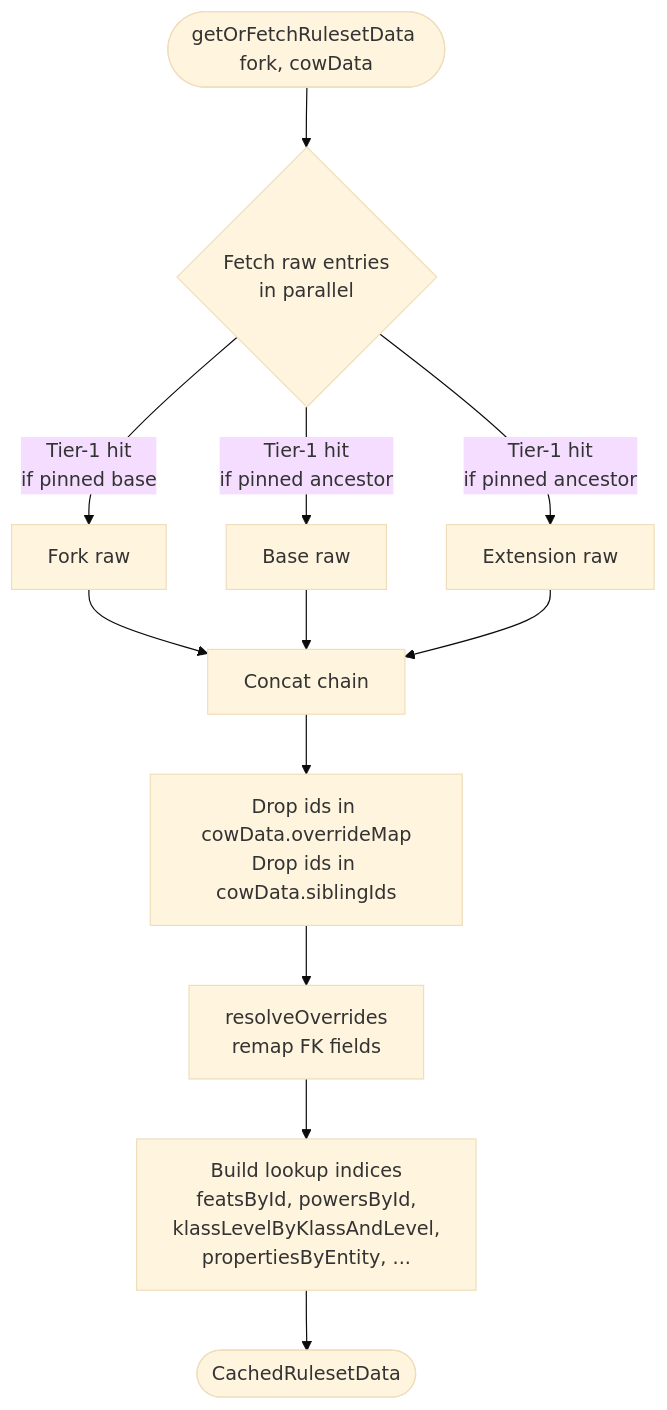
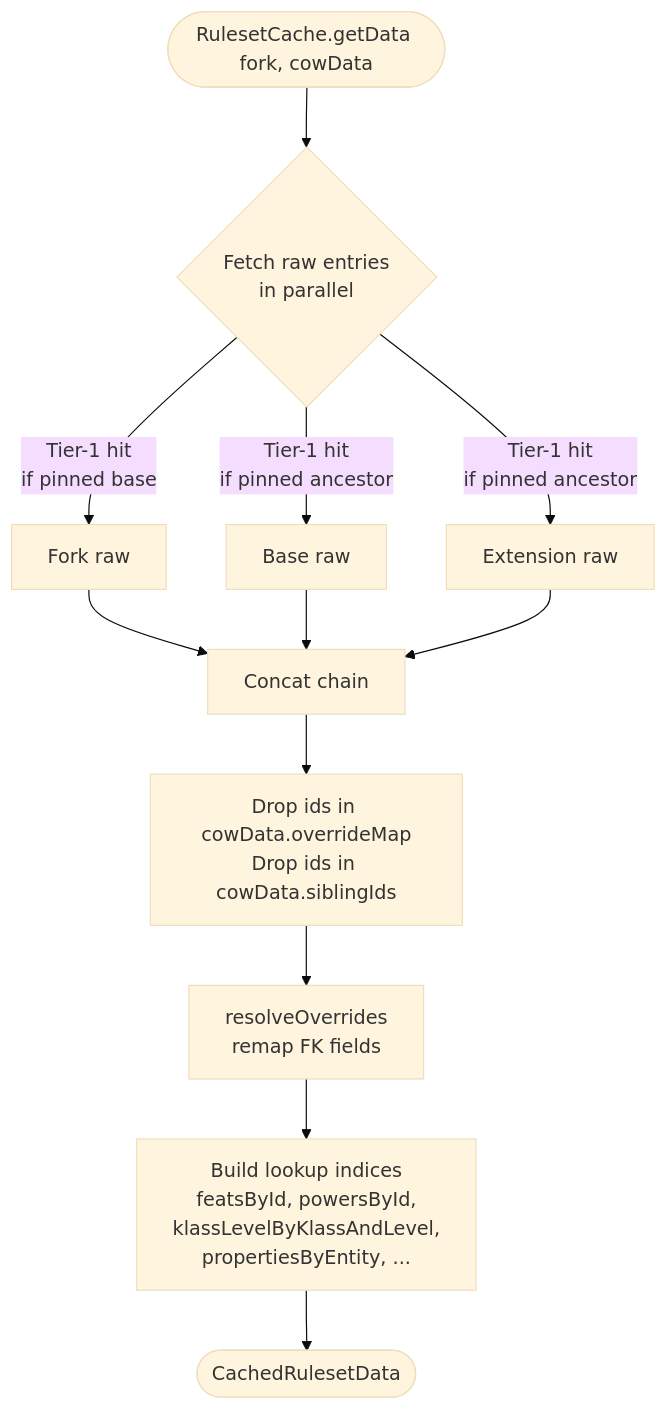
Before and after one commit to PhilippeChab/arkyvree: the second of 7 diagrams in docs/caching.md, drawn with Mermaid (base theme). The commit also changed other lines of this file and 52 other files, not shown here.

First line of the commit message:
Make the ruleset cache one class, holding its caches with their reads and invalidation

````diff
--- a/docs/caching.md
+++ b/docs/caching.md
@@ -191,14 +191,14 @@
 ```mermaid
 flowchart TD
-    Start([getOrFetchRulesetData fork, cowData]) --> Fetch{Fetch raw entries<br/>in parallel}
+    Start([RulesetCache.getData fork, cowData]) --> Fetch{Fetch raw entries<br/>in parallel}
     Fetch -->|Tier-1 hit<br/>if pinned base| ForkRaw[Fork raw]
     Fetch -->|Tier-1 hit<br/>if pinned ancestor| BaseRaw[Base raw]
     Fetch -->|Tier-1 hit<br/>if pinned ancestor| ExtRaw[Extension raw]
     ForkRaw --> Concat[Concat chain]
     BaseRaw --> Concat
     ExtRaw --> Concat
     Concat --> Exclude[Drop ids in cowData.overrideMap<br/>Drop ids in cowData.siblingIds]
     Exclude --> FKRemap[resolveOverrides<br/>remap FK fields]
     FKRemap --> BuildMaps[Build lookup indices<br/>featsById, powersById,<br/>klassLevelByKlassAndLevel,<br/>propertiesByEntity, ...]
     BuildMaps --> Out([CachedRulesetData])
 ```
````
